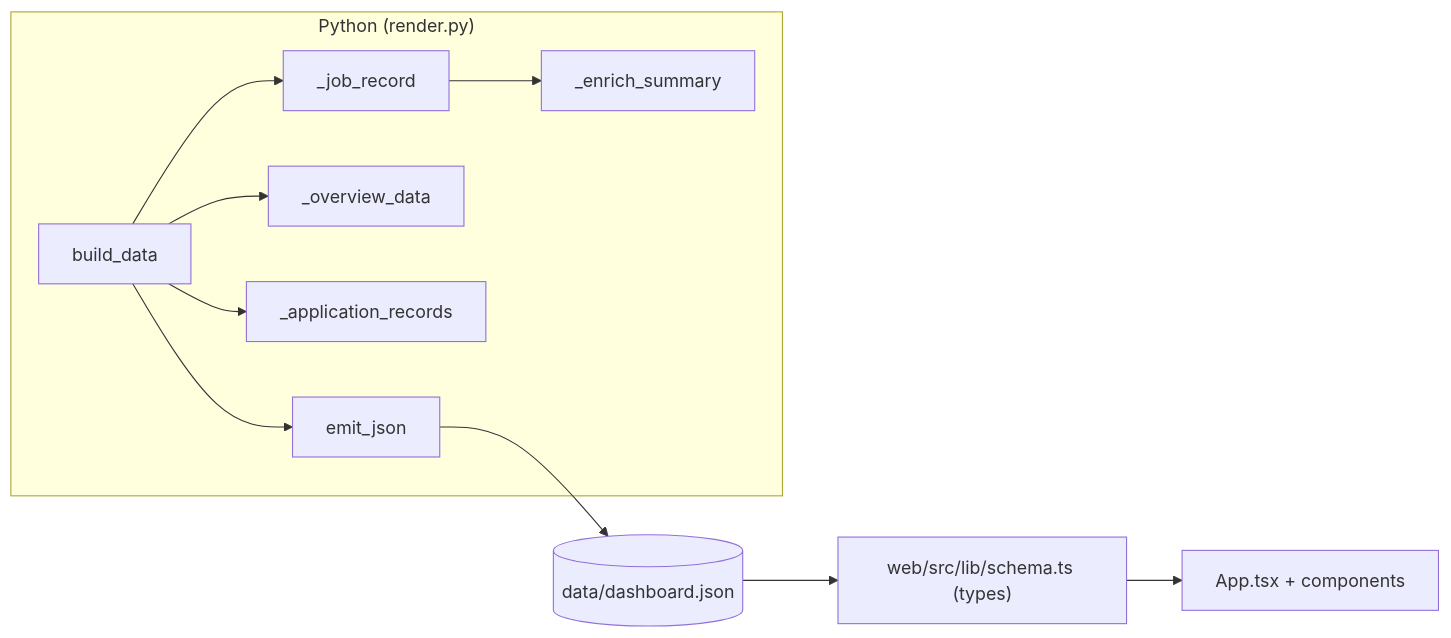
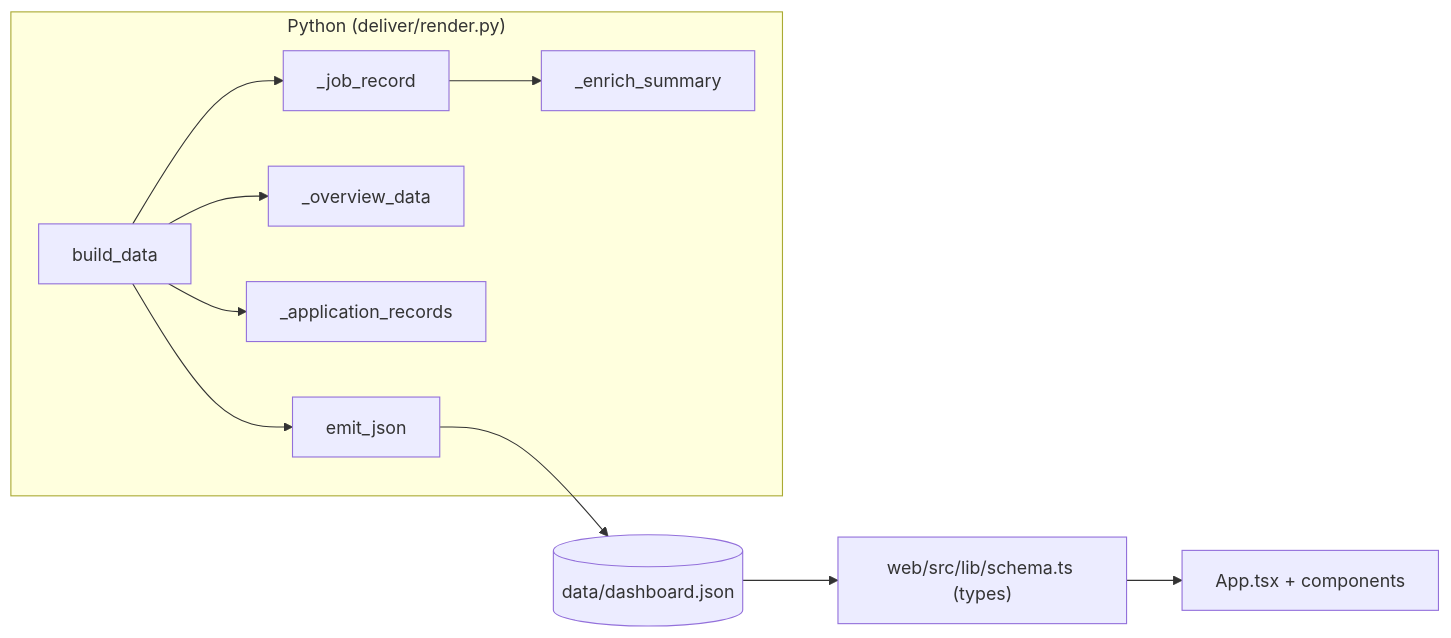
Before and after one commit to rinz0x0cruz/jobscope: the fourth of 4 diagrams in ARCHITECTURE.md, drawn with Mermaid. The commit also changed other lines of this file and 1 other file, not shown here.

First line of the commit message:
docs: reconcile ARCHITECTURE.md + AGENTS.md with shipped refactor

````diff
--- a/ARCHITECTURE.md
+++ b/ARCHITECTURE.md
@@ -295,13 +314,13 @@
 ```mermaid
 flowchart LR
-    subgraph py["Python (render.py)"]
+    subgraph py["Python (deliver/render.py)"]
         build_data --> job["_job_record"]
         build_data --> ov["_overview_data"]
         build_data --> apprec["_application_records"]
         job --> es["_enrich_summary"]
         build_data --> emit["emit_json"]
     end
     emit --> json[("data/dashboard.json")]
     json --> ts["web/src/lib/schema.ts (types)"]
     ts --> react["App.tsx + components"]
 ```
````
